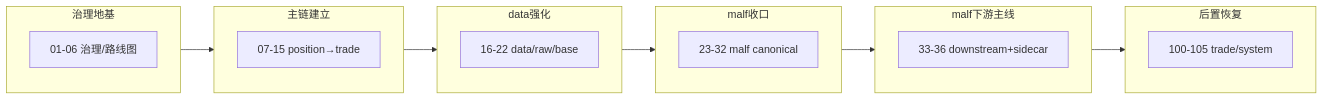
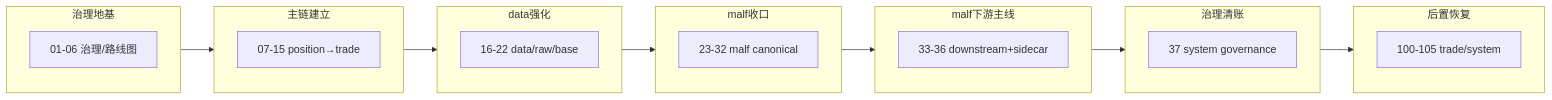
One commit to everything-is-simple/lifespan-0.01 changed the diagram in docs/03-execution/00-conclusion-catalog-20260409.md. Above: the diagram before and after it, drawn with Mermaid. The commit also changed other lines of this file and 32 other files, not shown here.

Commit message:
system: align governance backlog and execution indexes

````diff
--- a/docs/03-execution/00-conclusion-catalog-20260409.md
+++ b/docs/03-execution/00-conclusion-catalog-20260409.md
@@ -62,22 +63,25 @@
 ```mermaid
 flowchart LR
     subgraph 治理地基
         C01[01-06 治理/路线图]
     end
     subgraph 主链建立
         C07[07-15 position→trade]
     end
     subgraph data强化
         C16[16-22 data/raw/base]
     end
     subgraph malf收口
         C23[23-32 malf canonical]
     end
     subgraph malf下游主线
         C33[33-36 downstream+sidecar]
     end
+    subgraph 治理清账
+        C37[37 system governance]
+    end
     subgraph 后置恢复
         C100[100-105 trade/system]
     end
-    治理地基 --> 主链建立 --> data强化 --> malf收口 --> malf下游主线 --> 后置恢复
+    治理地基 --> 主链建立 --> data强化 --> malf收口 --> malf下游主线 --> 治理清账 --> 后置恢复
 ```
````
